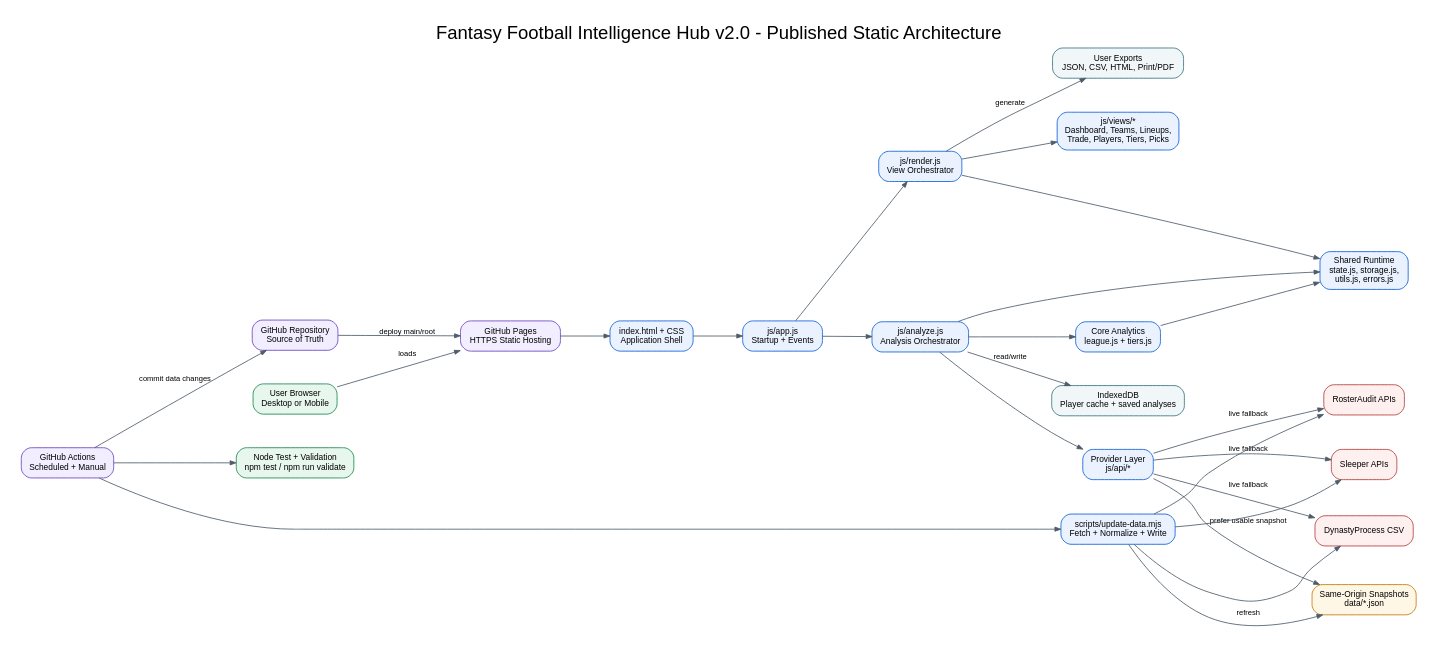
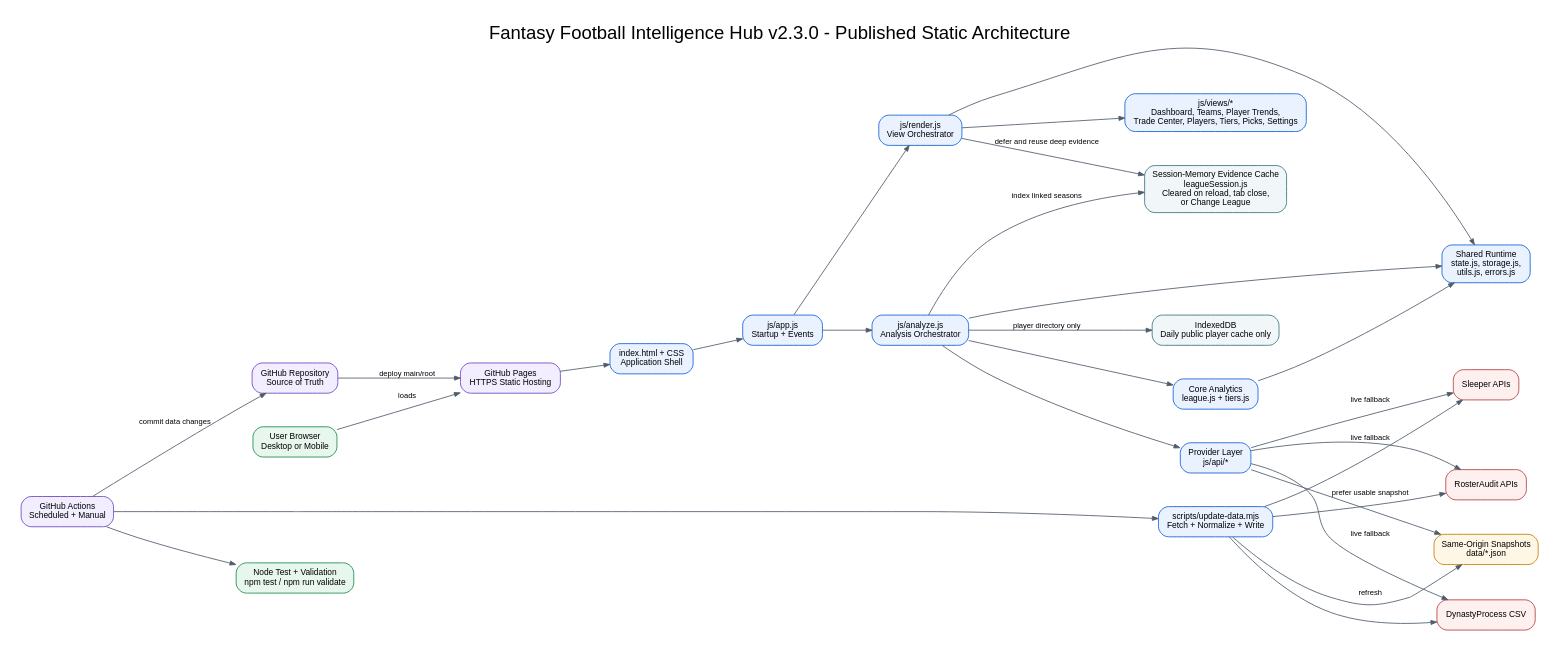
The diagram in docs/architecture/architecture_v2.dot (mokbelmohamad/fantasy-football-intelligence-hub), drawn with Graphviz before and after one commit. The commit also changed 75 other files, not shown here.

```diff
--- a/docs/architecture/architecture_v2.dot
+++ b/docs/architecture/architecture_v2.dot
@@ -1,56 +1,57 @@
 
 digraph FFIH {
   graph [rankdir=LR, bgcolor="white", pad="0.25", nodesep="0.55", ranksep="0.8",
-         fontname="Arial", label="Fantasy Football Intelligence Hub v2.0 - Published Static Architecture",
+         fontname="Arial", label="Fantasy Football Intelligence Hub v2.3.0 - Published Static Architecture",
          labelloc="t", fontsize=22];
   node [shape=box, style="rounded,filled", fontname="Arial", fontsize=10,
         color="#0B5ED7", fillcolor="#EAF2FF", margin="0.14,0.09"];
   edge [fontname="Arial", fontsize=9, color="#4D5B6A", arrowsize=0.7];
 
   user [label="User Browser\nDesktop or Mobile", fillcolor="#E8F7EE", color="#16874A"];
   pages [label="GitHub Pages\nHTTPS Static Hosting", fillcolor="#F2EEFF", color="#6842C2"];
   html [label="index.html + CSS\nApplication Shell"];
   app [label="js/app.js\nStartup + Events"];
   analyze [label="js/analyze.js\nAnalysis Orchestrator"];
   render [label="js/render.js\nView Orchestrator"];
-  views [label="js/views/*\nDashboard, Teams, Lineups,\nTrade, Players, Tiers, Picks"];
+  views [label="js/views/*\nDashboard, Teams, Player Trends,\nTrade Center, Players, Tiers, Picks, Settings"];
   core [label="Core Analytics\nleague.js + tiers.js"];
+  session [label="Session-Memory Evidence Cache\nleagueSession.js\nCleared on reload, tab close,\nor Change League", fillcolor="#F1F7F9", color="#34727D"];
   support [label="Shared Runtime\nstate.js, storage.js,\nutils.js, errors.js"];
   api [label="Provider Layer\njs/api/*"];
   local [label="Same-Origin Snapshots\ndata/*.json", fillcolor="#FFF7E6", color="#C47A00"];
   sleeper [label="Sleeper APIs", fillcolor="#FFF0F0", color="#B43A3A"];
   ra [label="RosterAudit APIs", fillcolor="#FFF0F0", color="#B43A3A"];
   dp [label="DynastyProcess CSV", fillcolor="#FFF0F0", color="#B43A3A"];
-  idb [label="IndexedDB\nPlayer cache + saved analyses", fillcolor="#F1F7F9", color="#34727D"];
-  exports [label="User Exports\nJSON, CSV, HTML, Print/PDF", fillcolor="#F1F7F9", color="#34727D"];
+  idb [label="IndexedDB\nDaily public player cache only", fillcolor="#F1F7F9", color="#34727D"];
   action [label="GitHub Actions\nScheduled + Manual", fillcolor="#F2EEFF", color="#6842C2"];
   script [label="scripts/update-data.mjs\nFetch + Normalize + Write"];
   test [label="Node Test + Validation\nnpm test / npm run validate", fillcolor="#E8F7EE", color="#16874A"];
   repo [label="GitHub Repository\nSource of Truth", fillcolor="#F2EEFF", color="#6842C2"];
 
   user -> pages [label="loads"];
   pages -> html;
   html -> app;
   app -> analyze;
   app -> render;
   analyze -> api;
   analyze -> core;
   analyze -> support;
+  analyze -> session [label="index linked seasons"];
   render -> views;
   render -> support;
   core -> support;
   api -> local [label="prefer usable snapshot"];
   api -> sleeper [label="live fallback"];
   api -> ra [label="live fallback"];
   api -> dp [label="live fallback"];
-  analyze -> idb [label="read/write"];
-  render -> exports [label="generate"];
+  render -> session [label="defer and reuse deep evidence"];
+  analyze -> idb [label="player directory only"];
   repo -> pages [label="deploy main/root"];
   action -> test;
   action -> script;
   script -> sleeper;
   script -> ra;
   script -> dp;
   script -> local [label="refresh"];
   action -> repo [label="commit data changes"];
 }
```
